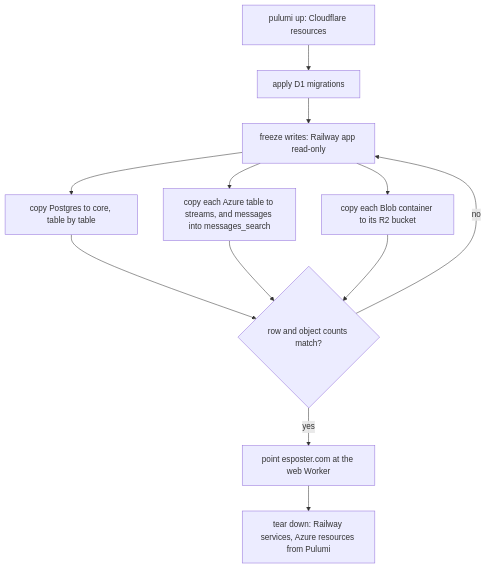
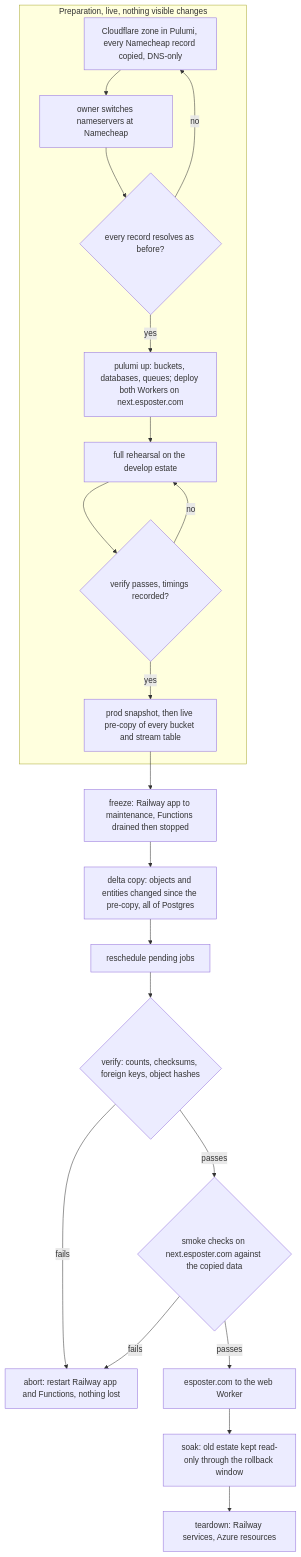
The diagram in openspec/changes/infra-cloudflare-cutover/design.md (Esposter/Esposter), drawn with Mermaid before and after one commit. The commit also changed other lines of this file and 1 other file, not shown here.

Commit message:
docs(infra): the cutover's safe order — rehearsal, live pre-copy, freeze, verify, staging smoke, switch, soak

````diff
--- a/openspec/changes/infra-cloudflare-cutover/design.md
+++ b/openspec/changes/infra-cloudflare-cutover/design.md
@@ -7,14 +20,23 @@
 ```mermaid
 flowchart TD
-  P["pulumi up: Cloudflare resources"] --> M["apply D1 migrations"]
-  M --> F["freeze writes: Railway app read-only"]
-  F --> C1["copy Postgres to core, table by table"]
-  F --> C2["copy each Azure table to streams, and messages into messages_search"]
-  F --> C3["copy each Blob container to its R2 bucket"]
-  C1 --> V{"row and object counts match?"}
-  C2 --> V
-  C3 --> V
-  V -->|"no"| F
-  V -->|"yes"| D["point esposter.com at the web Worker"]
-  D --> T["tear down: Railway services, Azure resources from Pulumi"]
+  subgraph PREP["Preparation, live, nothing visible changes"]
+    Z["Cloudflare zone in Pulumi, every Namecheap record copied, DNS-only"] --> NS["owner switches nameservers at Namecheap"]
+    NS --> NSV{"every record resolves as before?"}
+    NSV -->|"no"| Z
+    NSV -->|"yes"| RES["pulumi up: buckets, databases, queues; deploy both Workers on next.esposter.com"]
+    RES --> REH["full rehearsal on the develop estate"]
+    REH --> REHV{"verify passes, timings recorded?"}
+    REHV -->|"no"| REH
+    REHV -->|"yes"| PRE["prod snapshot, then live pre-copy of every bucket and stream table"]
+  end
+  PRE --> FREEZE["freeze: Railway app to maintenance, Functions drained then stopped"]
+  FREEZE --> DELTA["delta copy: objects and entities changed since the pre-copy, all of Postgres"]
+  DELTA --> RESCH["reschedule pending jobs"]
+  RESCH --> V{"verify: counts, checksums, foreign keys, object hashes"}
+  V -->|"fails"| ABORT["abort: restart Railway app and Functions, nothing lost"]
+  V -->|"passes"| SMOKE{"smoke checks on next.esposter.com against the copied data"}
+  SMOKE -->|"fails"| ABORT
+  SMOKE -->|"passes"| SWITCH["esposter.com to the web Worker"]
+  SWITCH --> SOAK["soak: old estate kept read-only through the rollback window"]
+  SOAK --> TEAR["teardown: Railway services, Azure resources"]
 ```
````
